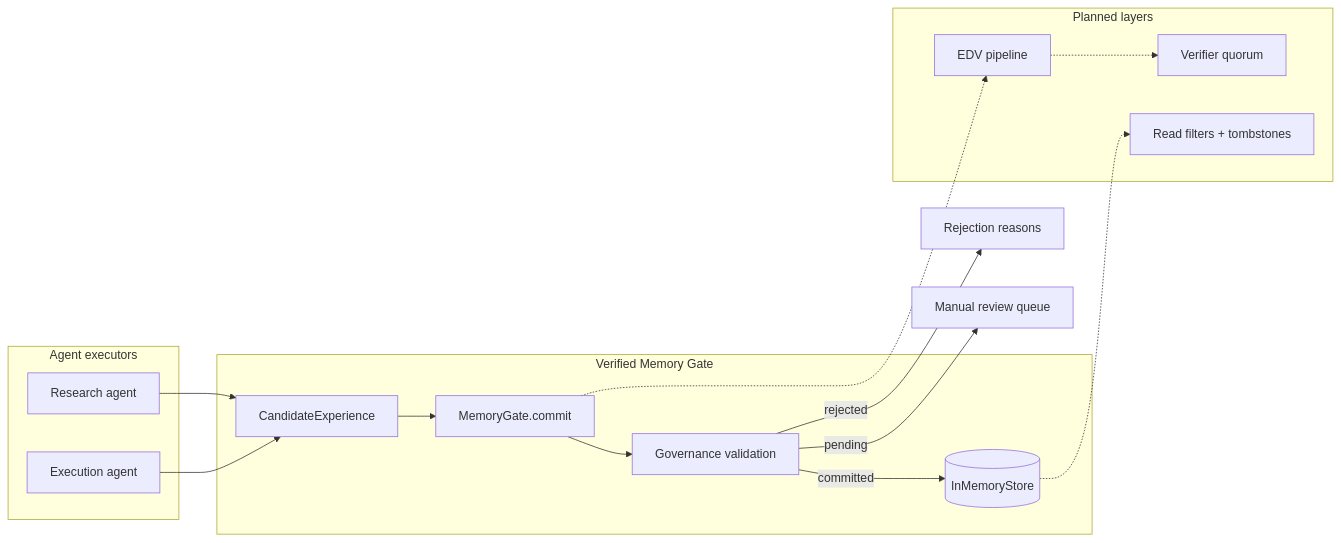
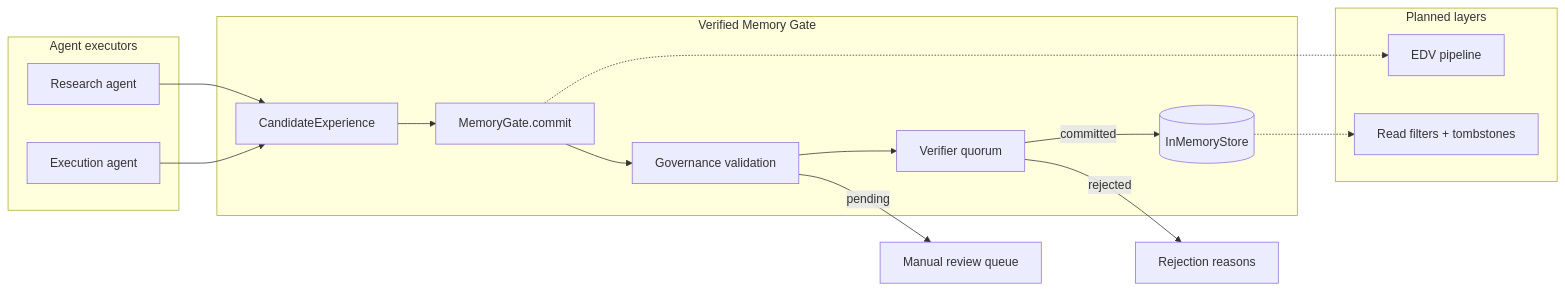
One commit to mastroke/verified-memory-gate changed the diagram in README.md. Above: the diagram before and after it, drawn with Mermaid. The commit also changed other lines of this file and 1 other file, not shown here.

First line of the commit message:
Document verifier registry design in ADR 0002 and README

````diff
--- a/README.md
+++ b/README.md
@@ -9,31 +9,31 @@
 ```mermaid
 flowchart LR
     subgraph agents [Agent executors]
         A1[Research agent]
         A2[Execution agent]
     end
 
     subgraph gate [Verified Memory Gate]
         CE[CandidateExperience]
         MG[MemoryGate.commit]
         VAL[Governance validation]
+        VER[Verifier quorum]
         ST[(InMemoryStore)]
     end
 
     subgraph future [Planned layers]
         EDV[EDV pipeline]
-        VER[Verifier quorum]
         ACL[Read filters + tombstones]
     end
 
     A1 --> CE
     A2 --> CE
     CE --> MG
     MG --> VAL
-    VAL -->|committed| ST
-    VAL -->|rejected| REJ[Rejection reasons]
+    VAL --> VER
+    VER -->|committed| ST
+    VER -->|rejected| REJ[Rejection reasons]
     VAL -->|pending| REV[Manual review queue]
     MG -.-> EDV
-    EDV -.-> VER
     ST -.-> ACL
 ```
````
